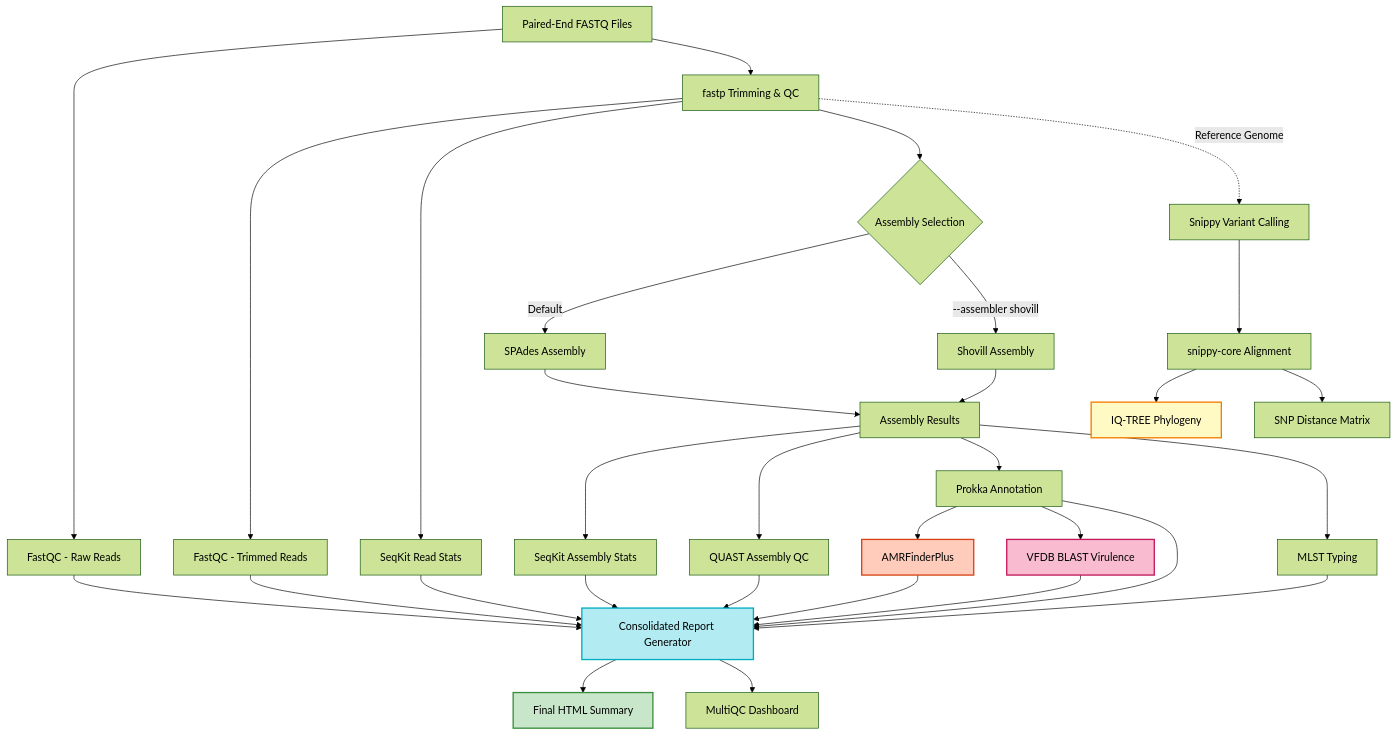
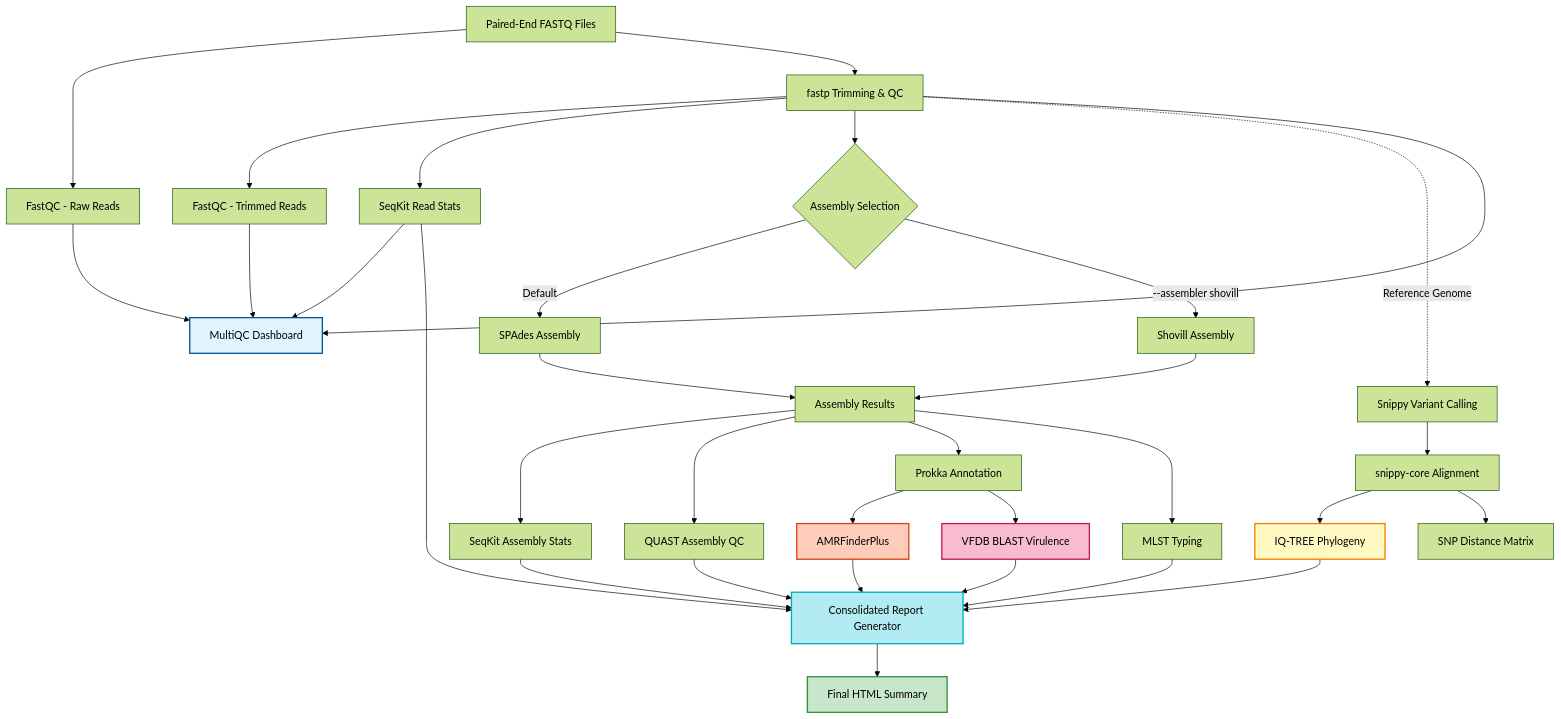
The diagram in README.md (cerorziks/bacterial-genome-pipeline), drawn with Mermaid (forest theme) before and after one commit. The commit also changed 1 other file, not shown here.

Commit message:
Streamline MultiQC to preprocessing only and update workflow documentation

````diff
--- a/README.md
+++ b/README.md
@@ -22,48 +22,57 @@
 ```mermaid
 graph TD
     A[Paired-End FASTQ Files] --> B[FastQC - Raw Reads]
     A --> C[fastp Trimming & QC]
     
     C --> D[FastQC - Trimmed Reads]
     C --> S1[SeqKit Read Stats]
     C --> E{Assembly Selection}
     
     E -- Default --> E1[SPAdes Assembly]
     E -- "--assembler shovill" --> E2[Shovill Assembly]
     
     E1 --> F[Assembly Results]
     E2 --> F
     
     F --> S2[SeqKit Assembly Stats]
     F --> G[QUAST Assembly QC]
     F --> H[Prokka Annotation]
     F --> I[MLST Typing]
     
     H --> J[AMRFinderPlus]
     H --> K[VFDB BLAST Virulence]
     
     C -.Reference Genome.-> L[Snippy Variant Calling]
     L --> M[snippy-core Alignment]
     M --> N[IQ-TREE Phylogeny]
     M --> P[SNP Distance Matrix]
     
+    B --> MQC[MultiQC Dashboard]
+    D --> MQC
+    C --> MQC
+    S1 --> MQC
+    
     BS[Consolidated Report Generator]
     
-    B --> BS
-    D --> BS
     S1 --> BS
     S2 --> BS
     G --> BS
     J --> BS
     I --> BS
-    H --> BS
     K --> BS
+    N --> BS
     
     BS --> Q[Final HTML Summary]
-    BS --> MQC[MultiQC Dashboard]
+    
+    style Q fill:#c8e6c9,stroke:#388e3c,stroke-width:2px
+    style N fill:#fff9c4,stroke:#f57c00,stroke-width:2px
+    style J fill:#ffccbc,stroke:#d84315,stroke-width:2px
+    style K fill:#f8bbd0,stroke:#c2185b,stroke-width:2px
+    style BS fill:#b2ebf2,stroke:#00acc1,stroke-width:2px
+    style MQC fill:#e1f5fe,stroke:#01579b,stroke-width:2px
     style Q fill:#c8e6c9,stroke:#388e3c,stroke-width:2px
     style N fill:#fff9c4,stroke:#f57c00,stroke-width:2px
     style J fill:#ffccbc,stroke:#d84315,stroke-width:2px
     style K fill:#f8bbd0,stroke:#c2185b,stroke-width:2px
     style BS fill:#b2ebf2,stroke:#00acc1,stroke-width:2px
 ```
````
